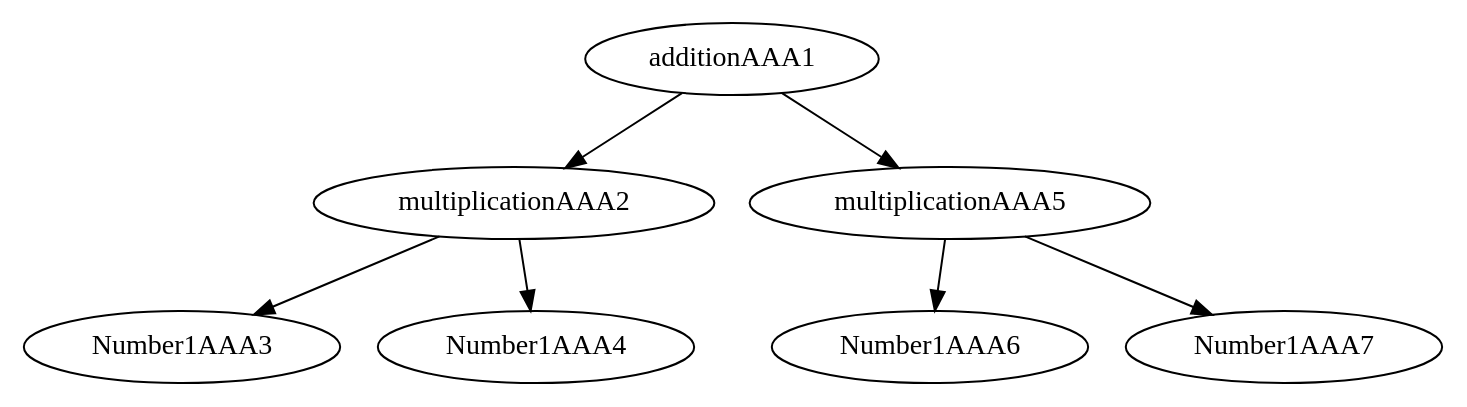
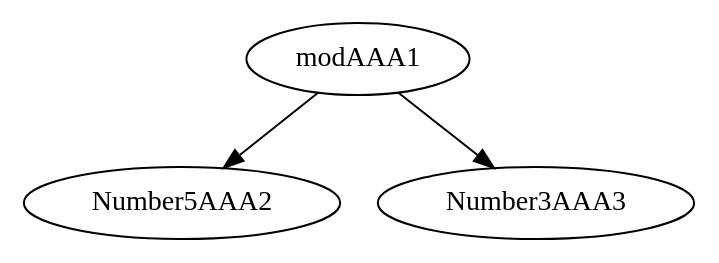
The diagram in Calc/graph.dot (krivchnik/ProtivoGaZiK), drawn with Graphviz before and after one commit. The commit also changed 10 other files, not shown here.

```diff
--- a/Calc/graph.dot
+++ b/Calc/graph.dot
@@ -1,6 +1,4 @@
 digraph task1 {
-	additionAAA1 -> multiplicationAAA2 -> Number1AAA3;
-	multiplicationAAA2 -> Number1AAA4;
-	additionAAA1 -> multiplicationAAA5 -> Number1AAA6;
-	multiplicationAAA5 -> Number1AAA7
+	modAAA1 -> Number5AAA2;
+	modAAA1 -> Number3AAA3
 }
```
